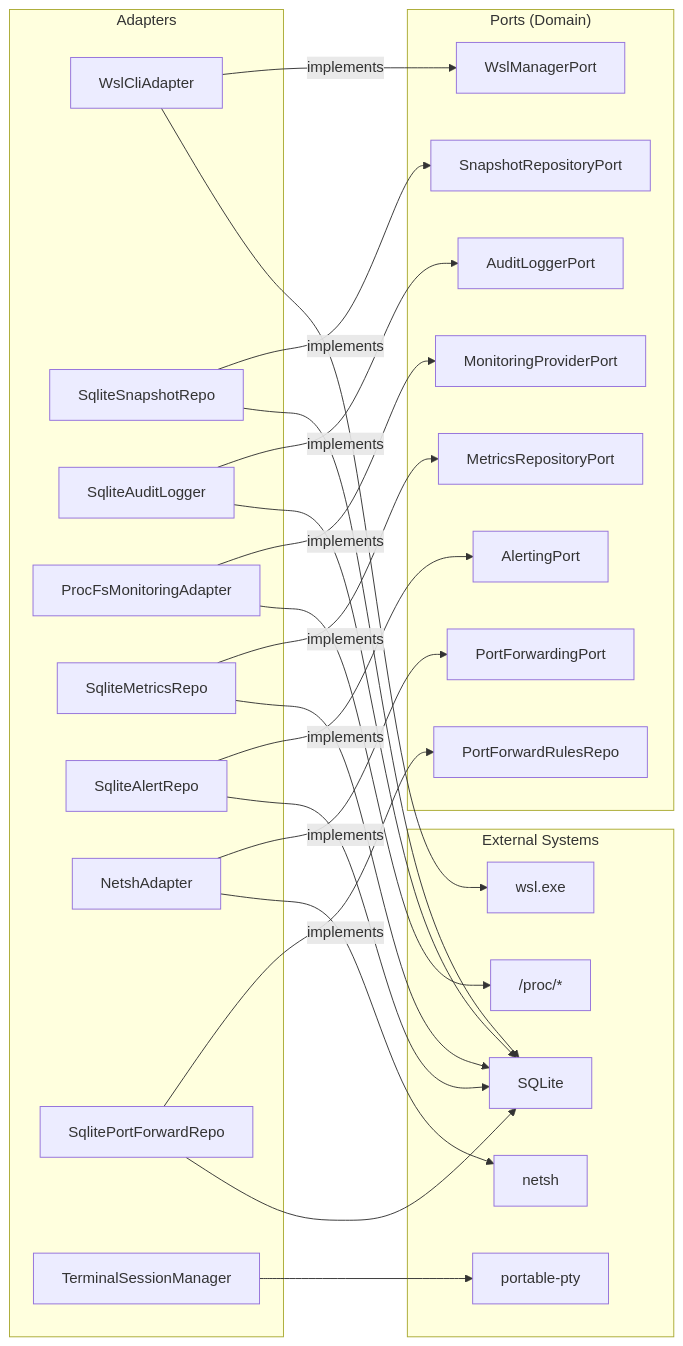
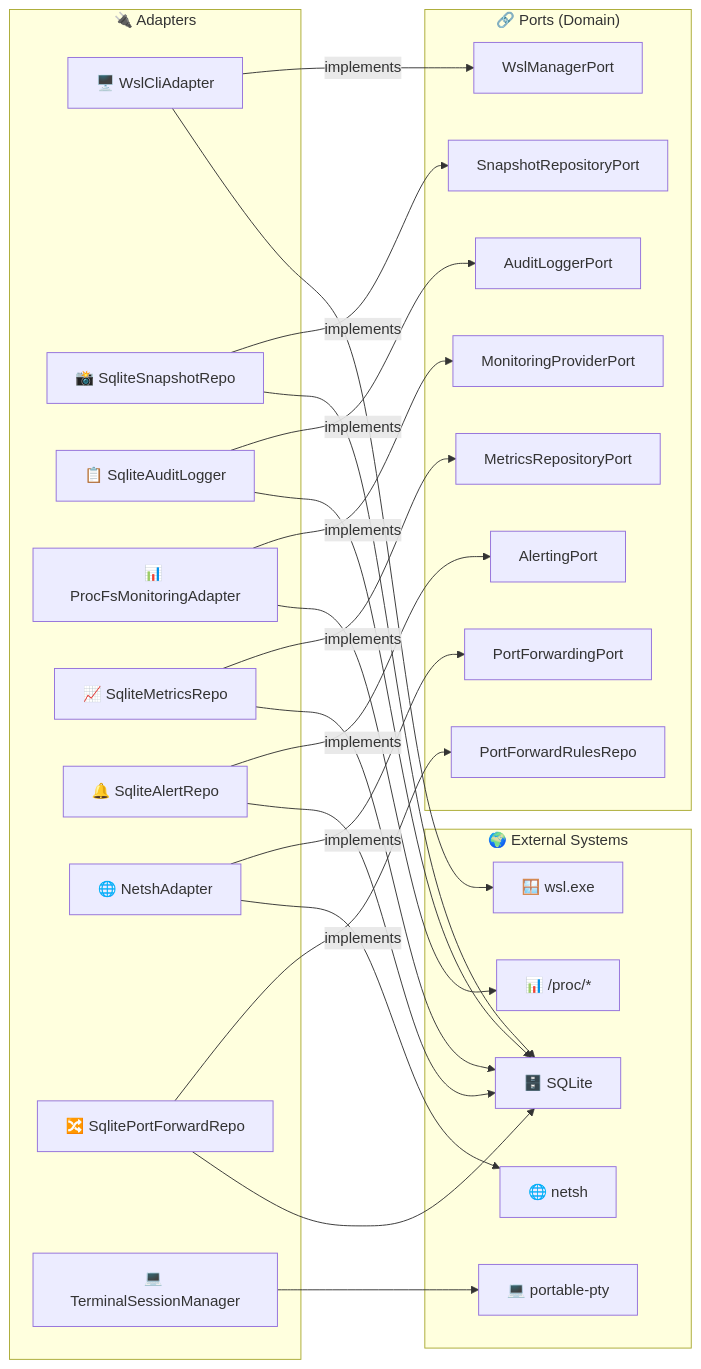
The diagram in src-tauri/src/infrastructure/README.md (muchiny/wsl-dashboard), drawn with Mermaid before and after one commit. The commit also changed other lines of this file and 14 other files, not shown here.

First line of the commit message:
chore: bump version to 1.0.1, enrich READMEs with emojis and mermaid diagrams

````diff
--- a/src-tauri/src/infrastructure/README.md
+++ b/src-tauri/src/infrastructure/README.md
@@ -11,52 +11,52 @@
 ```mermaid
 graph LR
-    subgraph Adapters["Adapters"]
-        WCA["WslCliAdapter"]
-        SSR["SqliteSnapshotRepo"]
-        SAL["SqliteAuditLogger"]
-        PFA["ProcFsMonitoringAdapter"]
-        SMR["SqliteMetricsRepo"]
-        SAR["SqliteAlertRepo"]
-        NA["NetshAdapter"]
-        SPFR["SqlitePortForwardRepo"]
-        TSM["TerminalSessionManager"]
+    subgraph Adapters["🔌 Adapters"]
+        WCA["🖥️ WslCliAdapter"]
+        SSR["📸 SqliteSnapshotRepo"]
+        SAL["📋 SqliteAuditLogger"]
+        PFA["📊 ProcFsMonitoringAdapter"]
+        SMR["📈 SqliteMetricsRepo"]
+        SAR["🔔 SqliteAlertRepo"]
+        NA["🌐 NetshAdapter"]
+        SPFR["🔀 SqlitePortForwardRepo"]
+        TSM["💻 TerminalSessionManager"]
     end
 
-    subgraph Ports["Ports (Domain)"]
+    subgraph Ports["🔗 Ports (Domain)"]
         WMP["WslManagerPort"]
         SRP["SnapshotRepositoryPort"]
         ALP["AuditLoggerPort"]
         MPP["MonitoringProviderPort"]
         MRP["MetricsRepositoryPort"]
         ATP["AlertingPort"]
         PFP["PortForwardingPort"]
         PFRP["PortForwardRulesRepo"]
     end
 
-    subgraph External["External Systems"]
-        wsl["wsl.exe"]
-        db["SQLite"]
-        proc["/proc/*"]
-        netsh["netsh"]
-        pty["portable-pty"]
+    subgraph External["🌍 External Systems"]
+        wsl["🪟 wsl.exe"]
+        db["🗄️ SQLite"]
+        proc["📊 /proc/*"]
+        netsh["🌐 netsh"]
+        pty["💻 portable-pty"]
     end
 
     WCA -->|implements| WMP
     SSR -->|implements| SRP
     SAL -->|implements| ALP
     PFA -->|implements| MPP
     SMR -->|implements| MRP
     SAR -->|implements| ATP
     NA -->|implements| PFP
     SPFR -->|implements| PFRP
 
     WCA --> wsl
     SSR --> db
     SAL --> db
     PFA --> proc
     SMR --> db
     SAR --> db
     NA --> netsh
     SPFR --> db
     TSM --> pty
 ```
````
